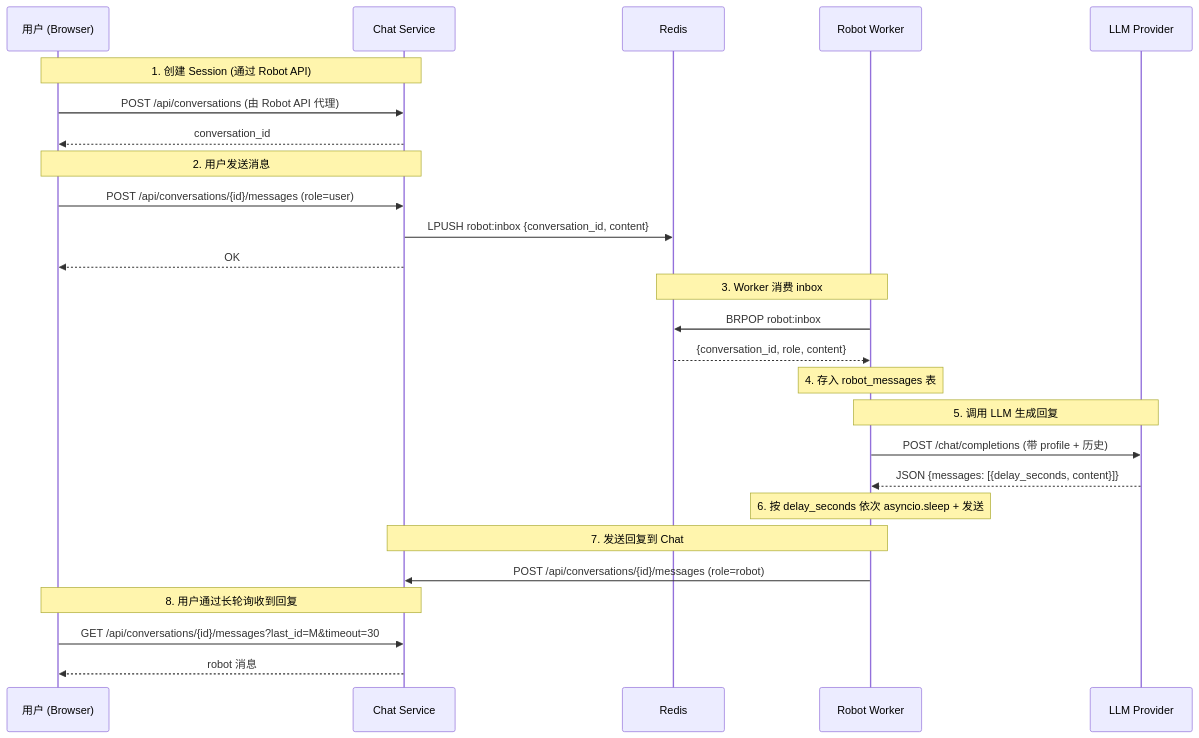
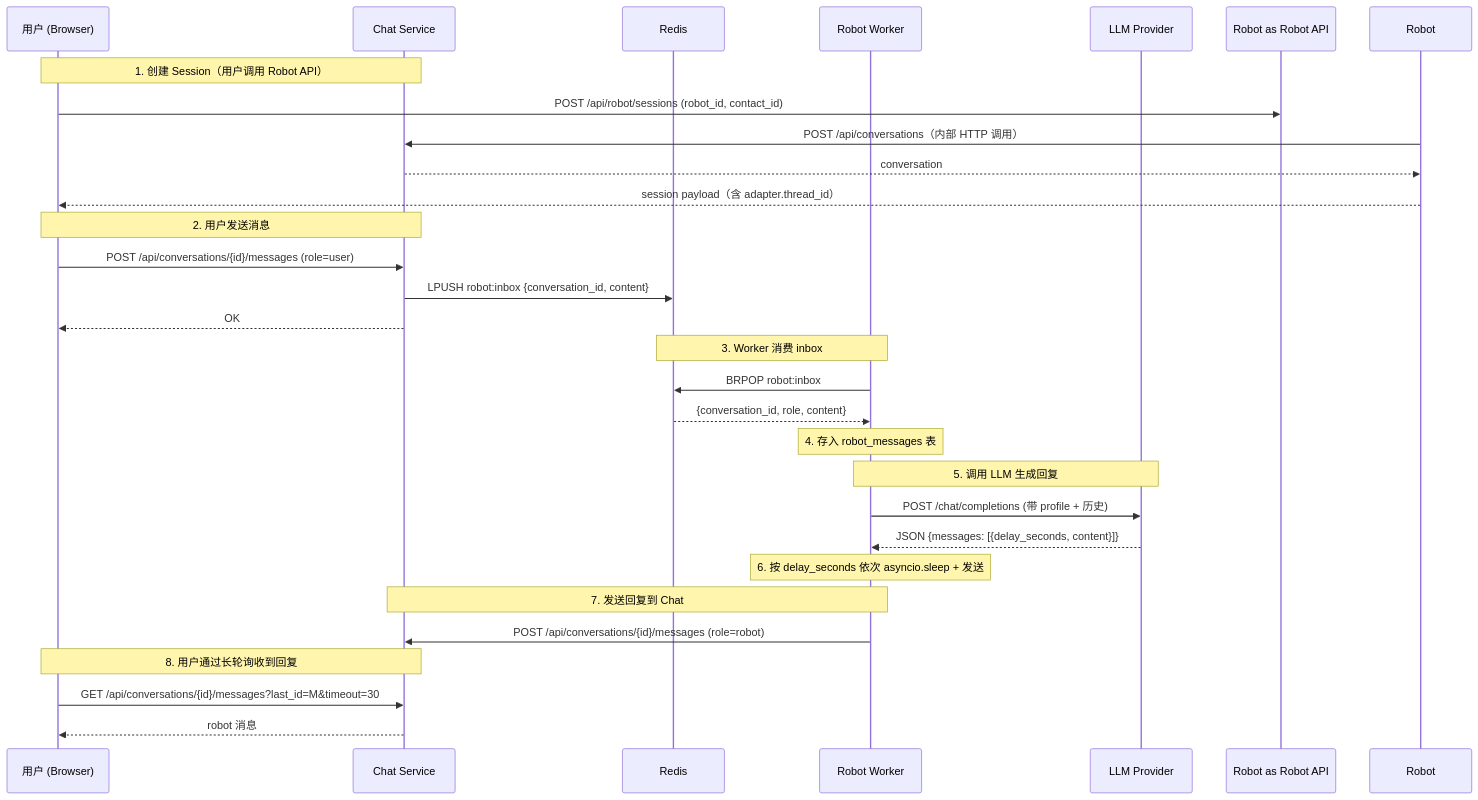
Before and after one commit to luotw100/wangzonghao: the second of 4 diagrams in README.md, drawn with Mermaid. The commit also changed other lines of this file and 1 other file, not shown here.

Commit message:
opt README/AGENTS

````diff
--- a/README.md
+++ b/README.md
@@ -61,36 +61,38 @@
 ```mermaid
 sequenceDiagram
     participant User as 用户 (Browser)
     participant Chat as Chat Service
     participant Redis as Redis
     participant Worker as Robot Worker
     participant LLM as LLM Provider
 
-    Note over User, Chat: 1. 创建 Session (通过 Robot API)
-    User->>Chat: POST /api/conversations (由 Robot API 代理)
-    Chat-->>User: conversation_id
+    Note over User, Chat: 1. 创建 Session（用户调用 Robot API）
+    User->>Robot as Robot API: POST /api/robot/sessions (robot_id, contact_id)
+    Robot->>Chat: POST /api/conversations（内部 HTTP 调用）
+    Chat-->>Robot: conversation
+    Robot-->>User: session payload（含 adapter.thread_id）
 
     Note over User, Chat: 2. 用户发送消息
     User->>Chat: POST /api/conversations/{id}/messages (role=user)
     Chat->>Redis: LPUSH robot:inbox {conversation_id, content}
     Chat-->>User: OK
 
     Note over Worker, Redis: 3. Worker 消费 inbox
     Worker->>Redis: BRPOP robot:inbox
     Redis-->>Worker: {conversation_id, role, content}
 
     Note over Worker: 4. 存入 robot_messages 表
 
     Note over Worker, LLM: 5. 调用 LLM 生成回复
     Worker->>LLM: POST /chat/completions (带 profile + 历史)
     LLM-->>Worker: JSON {messages: [{delay_seconds, content}]}
 
     Note over Worker: 6. 按 delay_seconds 依次 asyncio.sleep + 发送
 
     Note over Worker, Chat: 7. 发送回复到 Chat
     Worker->>Chat: POST /api/conversations/{id}/messages (role=robot)
 
     Note over User, Chat: 8. 用户通过长轮询收到回复
     User->>Chat: GET /api/conversations/{id}/messages?last_id=M&timeout=30
     Chat-->>User: robot 消息
 ```
````
